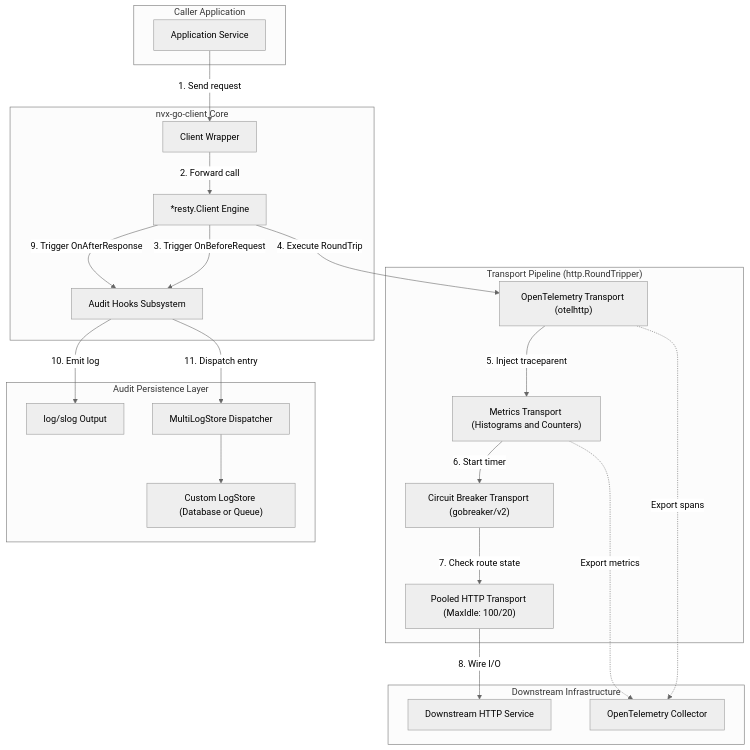
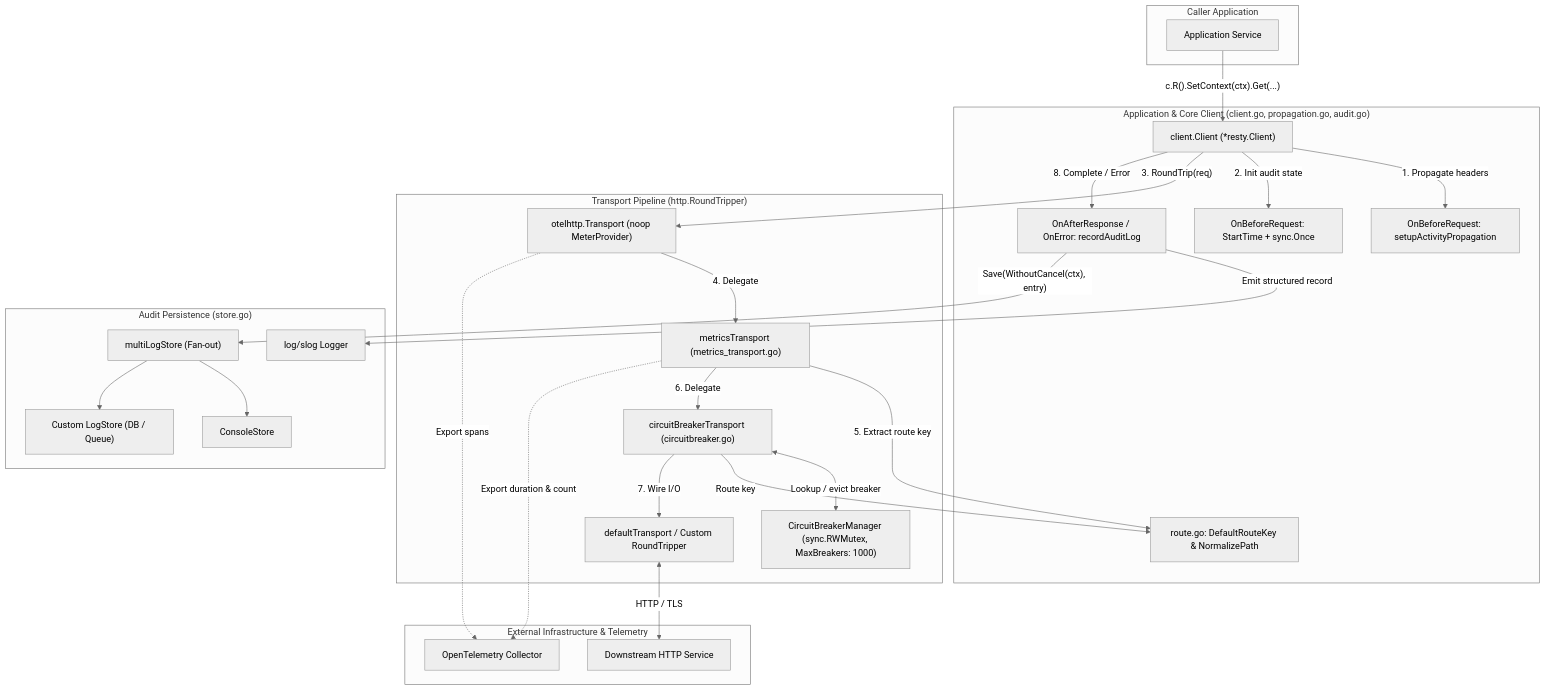
The first of 4 diagrams in README.md (Jkenyut/nvx-go-client), drawn with Mermaid (neutral theme) before and after one commit. The commit also changed other lines of this file, not shown here.

Commit message:
docs: overhaul README with architecture diagrams and reference catalogs

````diff
--- a/README.md
+++ b/README.md
@@ -377,48 +130,55 @@
 ```mermaid
 flowchart TD
-    subgraph CALLER["Caller Application"]
+    subgraph INBOUND["Caller Application"]
         App["Application Service"]
     end
 
-    subgraph CLIENT["nvx-go-client Core"]
-        ClientInstance["Client Wrapper"]
-        RestyClient["*resty.Client Engine"]
-        AuditEngine["Audit Hooks Subsystem"]
+    subgraph CORE["Application & Core Client (client.go, propagation.go, audit.go)"]
+        Client["client.Client (*resty.Client)"]
+        PropHook["OnBeforeRequest: setupActivityPropagation"]
+        AuditBefore["OnBeforeRequest: StartTime + sync.Once"]
+        AuditAfter["OnAfterResponse / OnError: recordAuditLog"]
+        RouteNorm["route.go: DefaultRouteKey & NormalizePath"]
     end
 
     subgraph PIPELINE["Transport Pipeline (http.RoundTripper)"]
-        OTelTransport["OpenTelemetry Transport (otelhttp)"]
-        MetricsTransport["Metrics Transport (Histograms and Counters)"]
-        CBTransport["Circuit Breaker Transport (gobreaker/v2)"]
-        BaseTransport["Pooled HTTP Transport (MaxIdle: 100/20)"]
+        OTel["otelhttp.Transport (noop MeterProvider)"]
+        Metrics["metricsTransport (metrics_transport.go)"]
+        CB["circuitBreakerTransport (circuitbreaker.go)"]
+        CBReg["CircuitBreakerManager (sync.RWMutex, MaxBreakers: 1000)"]
+        Base["defaultTransport / Custom RoundTripper"]
     end
 
-    subgraph STORAGE["Audit Persistence Layer"]
-        SlogLogger["log/slog Output"]
-        MultiStore["MultiLogStore Dispatcher"]
-        CustomStore["Custom LogStore (Database or Queue)"]
+    subgraph PERSISTENCE["Audit Persistence (store.go)"]
+        Slog["log/slog Logger"]
+        Multi["multiLogStore (Fan-out)"]
+        Console["ConsoleStore"]
+        CustomStore["Custom LogStore (DB / Queue)"]
     end
 
-    subgraph REMOTE["Downstream Infrastructure"]
-        RemoteAPI["Downstream HTTP Service"]
-        OTelCollector["OpenTelemetry Collector"]
+    subgraph TELEMETRY["External Infrastructure & Telemetry"]
+        Collector["OpenTelemetry Collector"]
+        Downstream["Downstream HTTP Service"]
     end
 
-    App -->|"1. Send request"| ClientInstance
-    ClientInstance -->|"2. Forward call"| RestyClient
-    RestyClient -->|"3. Trigger OnBeforeRequest"| AuditEngine
-    RestyClient -->|"4. Execute RoundTrip"| OTelTransport
+    App -->|"c.R().SetContext(ctx).Get(...)"| Client
+    Client -->|"1. Propagate headers"| PropHook
+    Client -->|"2. Init audit state"| AuditBefore
+    Client -->|"3. RoundTrip(req)"| OTel
+    OTel -->|"4. Delegate"| Metrics
+    Metrics -->|"5. Extract route key"| RouteNorm
+    Metrics -->|"6. Delegate"| CB
+    CB <-->|"Lookup / evict breaker"| CBReg
+    CB -->|"Route key"| RouteNorm
+    CB -->|"7. Wire I/O"| Base
+    Base <-->|"HTTP / TLS"| Downstream
 
-    OTelTransport -->|"5. Inject traceparent"| MetricsTransport
-    MetricsTransport -->|"6. Start timer"| CBTransport
-    CBTransport -->|"7. Check route state"| BaseTransport
-    BaseTransport -->|"8. Wire I/O"| RemoteAPI
+    OTel -.->|"Export spans"| Collector
+    Metrics -.->|"Export duration & count"| Collector
 
-    OTelTransport -.->|"Export spans"| OTelCollector
-    MetricsTransport -.->|"Export metrics"| OTelCollector
-
-    RestyClient -->|"9. Trigger OnAfterResponse"| AuditEngine
-    AuditEngine -->|"10. Emit log"| SlogLogger
-    AuditEngine -->|"11. Dispatch entry"| MultiStore
-    MultiStore --> CustomStore
+    Client -->|"8. Complete / Error"| AuditAfter
+    AuditAfter -->|"Emit structured record"| Slog
+    AuditAfter -->|"Save(WithoutCancel(ctx), entry)"| Multi
+    Multi --> Console
+    Multi --> CustomStore
 ```
````
